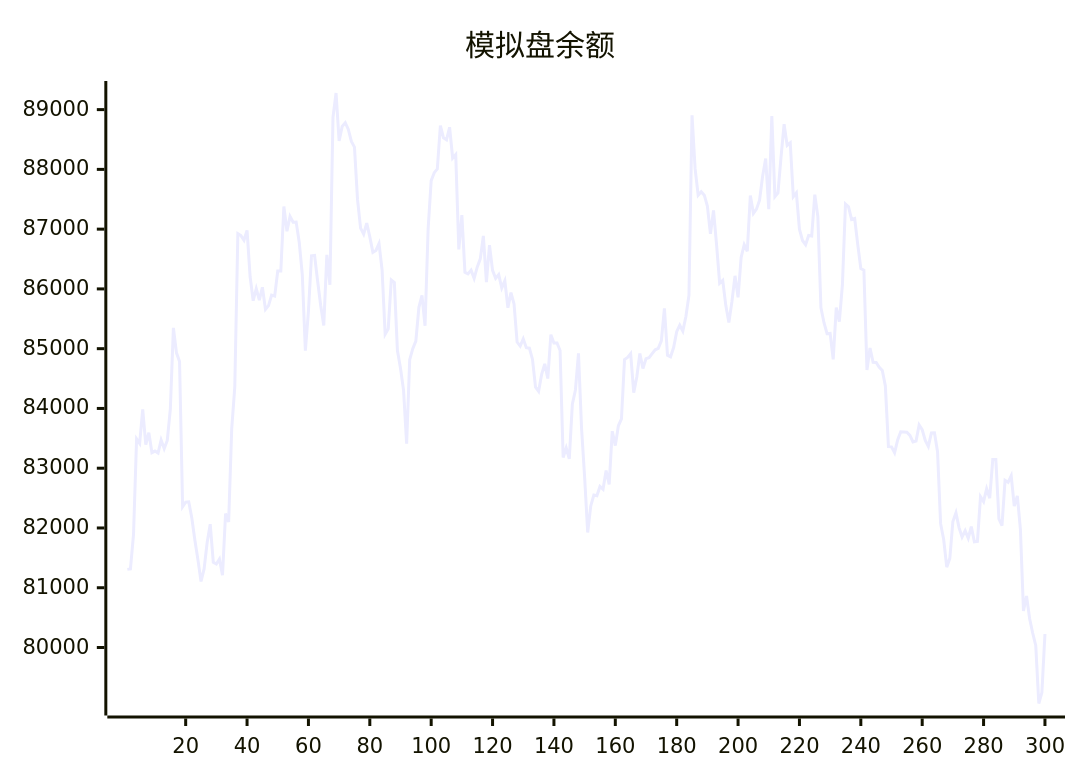
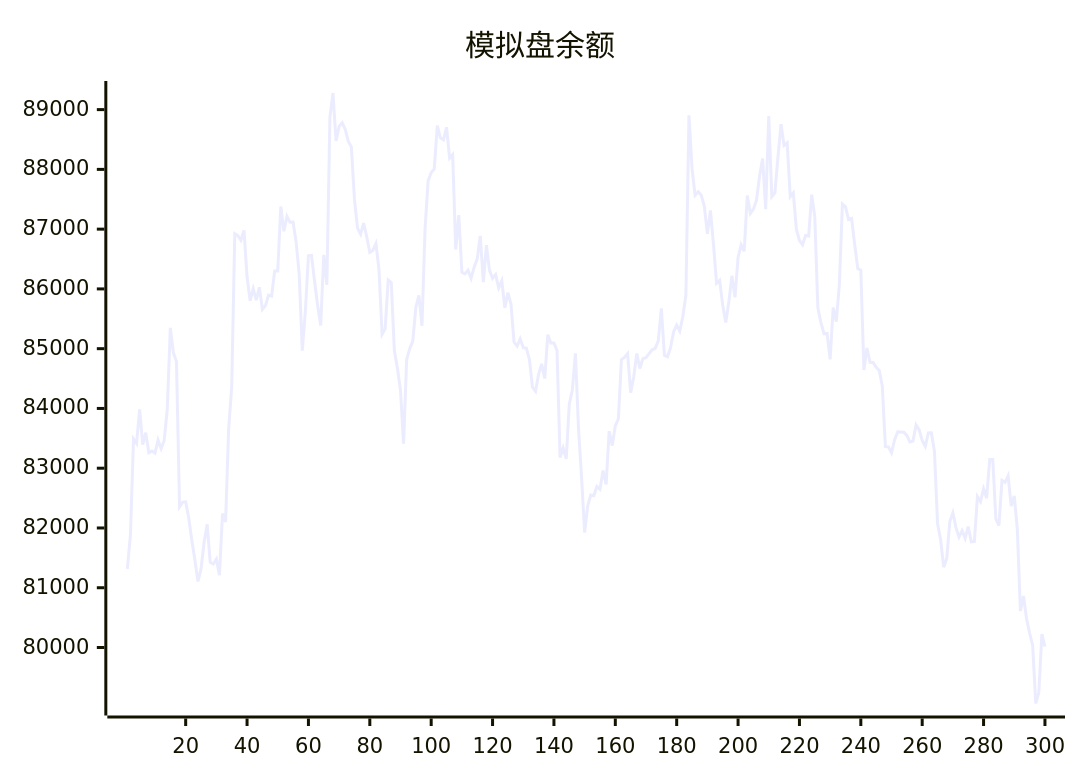
The diagram in README.md (aahl/ai-trading), drawn with Mermaid before and after one commit. The commit also changed other lines of this file and 1 other file, not shown here.

````diff
--- a/README.md
+++ b/README.md
@@ -5,5 +5,5 @@
 ```mermaid
 xychart
     title "模拟盘余额"
-    line [81307,81314,81887,83490,83414,83984,83396,83594,83261,83287,83253,83470,83327,83465,83987,85348,84930,84786,82355,82433,82438,82167,81795,81466,81105,81315,81756,82064,81426,81398,81481,81210,82242,82099,83658,84359,86925,86892,86814,86980,86203,85802,86003,85811,86028,85657,85721,85896,85880,86300,86299,87378,86965,87214,87115,87118,86780,86238,84966,85623,86555,86562,86129,85722,85387,86569,86070,88870,89278,88477,88720,88781,88668,88467,88372,87493,87018,86917,87102,86870,86613,86644,86758,86317,85242,85334,86149,86106,84968,84671,84302,83410,84816,85001,85127,85693,85891,85384,87001,87811,87945,88007,88734,88528,88495,88705,88189,88248,86662,87234,86279,86251,86314,86177,86364,86503,86886,86114,86731,86310,86176,86240,86017,86136,85685,85938,85749,85111,85044,85164,85016,85008,84824,84354,84287,84572,84745,84500,85234,85096,85095,84970,83180,83338,83157,84070,84309,84922,83667,82850,81924,82369,82552,82539,82695,82648,82962,82728,83619,83378,83710,83825,84819,84854,84917,84265,84527,84919,84668,84834,84850,84916,84981,85004,85131,85674,84891,84864,85019,85284,85393,85294,85538,85894,88904,88012,87567,87625,87568,87386,86920,87313,86737,86094,86143,85725,85437,85787,86219,85859,86526,86740,86630,87563,87264,87335,87483,87886,88180,87335,88894,87544,87608,88207,88755,88401,88444,87543,87608,87000,86810,86740,86894,86884,87576,87209,85686,85435,85251,85255,84820,85689,85453,86066,87420,87373,87161,87178,86740,86341,86315,84643,85012,84772,84768,84690,84635,84376,83360,83357,83259,83474,83608,83606,83602,83548,83440,83454,83724,83644,83464,83365,83590,83592,83275,82072,81806,81344,81492,82109,82254,82006,81848,81955,81829,82022,81769,81776,82522,82441,82656,82498,83144,83144,82150,82038,82797,82763,82872,82367,82536,81981,80612,80862,80484,80242,80034,79063,79245,80226]
+    line [81314,81887,83490,83414,83984,83396,83594,83261,83287,83253,83470,83327,83465,83987,85348,84930,84786,82355,82433,82438,82167,81795,81466,81105,81315,81756,82064,81426,81398,81481,81210,82242,82099,83658,84359,86925,86892,86814,86980,86203,85802,86003,85811,86028,85657,85721,85896,85880,86300,86299,87378,86965,87214,87115,87118,86780,86238,84966,85623,86555,86562,86129,85722,85387,86569,86070,88870,89278,88477,88720,88781,88668,88467,88372,87493,87018,86917,87102,86870,86613,86644,86758,86317,85242,85334,86149,86106,84968,84671,84302,83410,84816,85001,85127,85693,85891,85384,87001,87811,87945,88007,88734,88528,88495,88705,88189,88248,86662,87234,86279,86251,86314,86177,86364,86503,86886,86114,86731,86310,86176,86240,86017,86136,85685,85938,85749,85111,85044,85164,85016,85008,84824,84354,84287,84572,84745,84500,85234,85096,85095,84970,83180,83338,83157,84070,84309,84922,83667,82850,81924,82369,82552,82539,82695,82648,82962,82728,83619,83378,83710,83825,84819,84854,84917,84265,84527,84919,84668,84834,84850,84916,84981,85004,85131,85674,84891,84864,85019,85284,85393,85294,85538,85894,88904,88012,87567,87625,87568,87386,86920,87313,86737,86094,86143,85725,85437,85787,86219,85859,86526,86740,86630,87563,87264,87335,87483,87886,88180,87335,88894,87544,87608,88207,88755,88401,88444,87543,87608,87000,86810,86740,86894,86884,87576,87209,85686,85435,85251,85255,84820,85689,85453,86066,87420,87373,87161,87178,86740,86341,86315,84643,85012,84772,84768,84690,84635,84376,83360,83357,83259,83474,83608,83606,83602,83548,83440,83454,83724,83644,83464,83365,83590,83592,83275,82072,81806,81344,81492,82109,82254,82006,81848,81955,81829,82022,81769,81776,82522,82441,82656,82498,83144,83144,82150,82038,82797,82763,82872,82367,82536,81981,80612,80862,80484,80242,80034,79063,79245,80226,80016]
 ```
````
